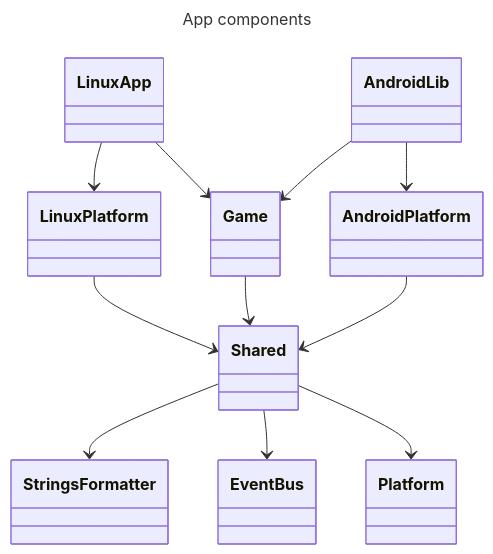
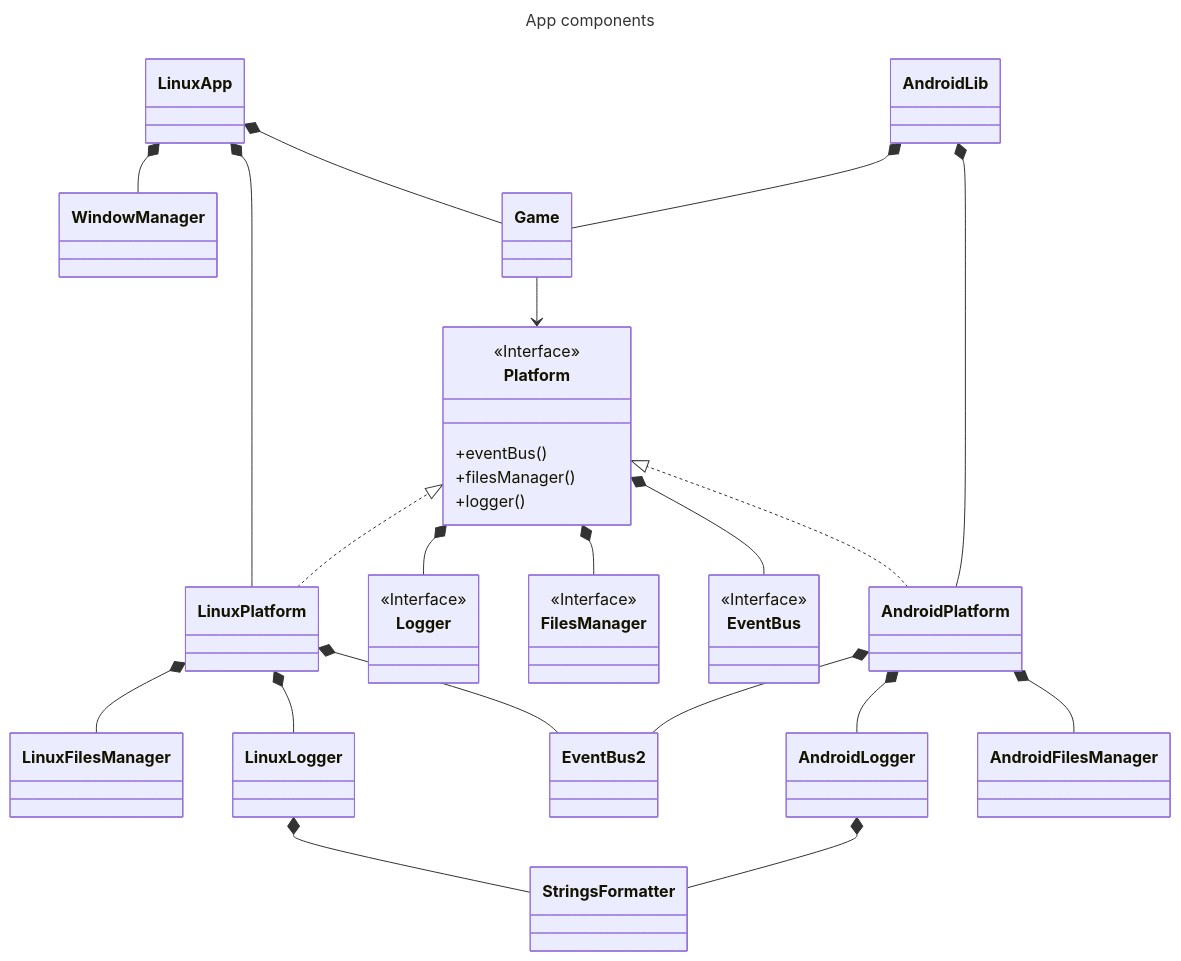
Before and after one commit to simonppg/Break_it_all: the diagram in app/src/main/cpp/README.md, drawn with Mermaid.

Commit message:
docs(classdiagram): update class diagram

````diff
--- a/app/src/main/cpp/README.md
+++ b/app/src/main/cpp/README.md
@@ -3,17 +3,39 @@
 ```mermaid
 ---
 title: App components
 ---
 classDiagram
 direction BT
-  StringsFormatter <-- Shared
-  EventBus <-- Shared
-  Platform <-- Shared
-  Shared <-- LinuxPlatform
-  Shared <-- Game
-  Shared <-- AndroidPlatform
-  Game <-- LinuxApp
-  Game <-- AndroidLib
-  LinuxPlatform <-- LinuxApp
-  AndroidPlatform <-- AndroidLib
+  WindowManager --* LinuxApp
+  LinuxPlatform --* LinuxApp
+  Game --* LinuxApp
+  Game --* AndroidLib
+  AndroidPlatform --* AndroidLib
+
+  EventBus2 --* AndroidPlatform
+  AndroidLogger --* AndroidPlatform
+  AndroidFilesManager --* AndroidPlatform
+  Platform <-- Game
+  LinuxFilesManager --* LinuxPlatform
+  LinuxLogger --* LinuxPlatform
+  EventBus2 --* LinuxPlatform
+
+  StringsFormatter --* LinuxLogger
+  StringsFormatter --* AndroidLogger
+  LinuxPlatform ..|> Platform
+  Logger --* Platform
+  FilesManager --* Platform
+  EventBus --* Platform
+  AndroidPlatform ..|> Platform
+
+  <<Interface>> Logger
+  <<Interface>> EventBus
+  <<Interface>> FilesManager
+
+  class Platform {
+  <<Interface>>
+        +eventBus()
+        +filesManager()
+        +logger()
+    }
 ```
````
